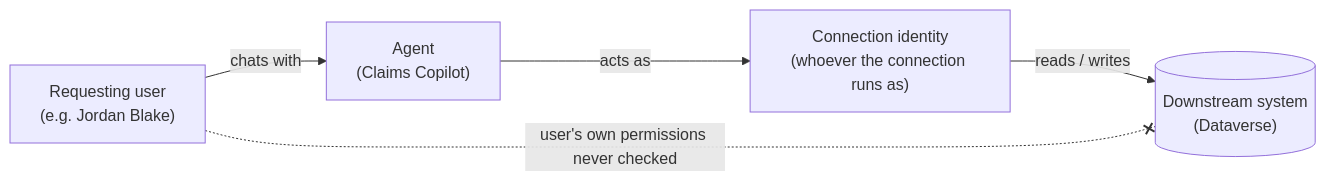
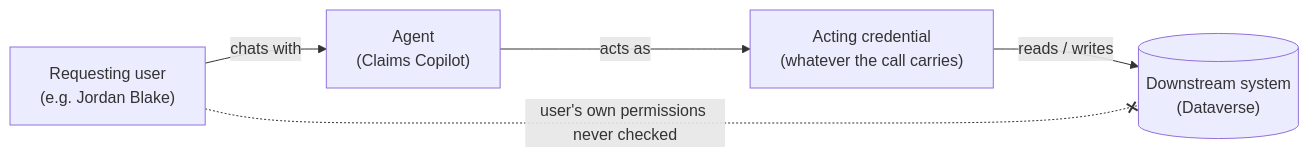
One commit to solliancenet/copilot-studio-shadow-agents-workshop changed the diagram in docs/03_identity_and_effective_access/03_01.md. Above: the diagram before and after it, drawn with Mermaid. The commit also changed other lines of this file and 7 other files, not shown here.

Commit message:
Exercise 03: acting credential vocabulary, unknowns kept apart from hypotheses, audience before entitlement

````diff
--- a/docs/03_identity_and_effective_access/03_01.md
+++ b/docs/03_identity_and_effective_access/03_01.md
@@ -134,7 +133,7 @@
 ```mermaid
 flowchart LR
   U["Requesting user<br/>(e.g. Jordan Blake)"] -->|chats with| A["Agent<br/>(Claims Copilot)"]
-  A -->|acts as| S["Connection identity<br/>(whoever the connection runs as)"]
+  A -->|acts as| S["Acting credential<br/>(whatever the call carries)"]
   S -->|reads / writes| D[("Downstream system<br/>(Dataverse)")]
   U -. "user's own permissions never checked" .-x D
 ```
````
